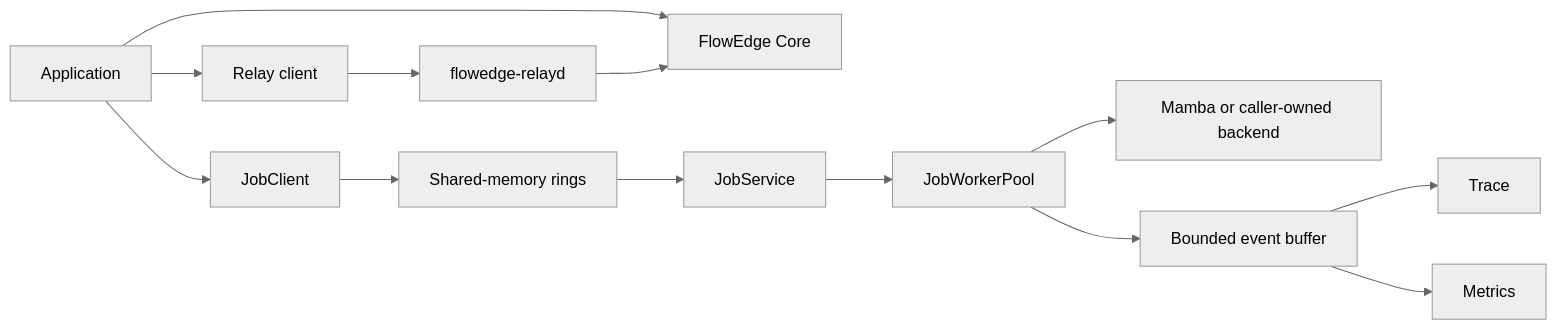
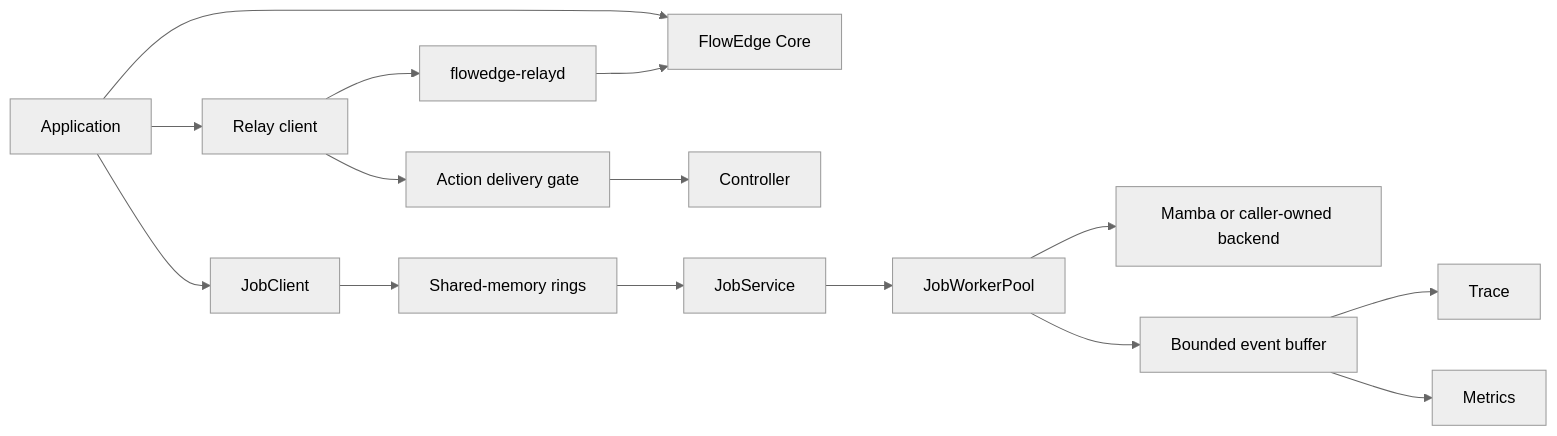
Before and after one commit to elprofesoriqo/FlowEdge: the diagram in docs/capabilities.md, drawn with Mermaid (neutral theme). The commit also changed other lines of this file and 10 other files, not shown here.

Commit message:
docs(relay): document safe action delivery

````diff
--- a/docs/capabilities.md
+++ b/docs/capabilities.md
@@ -22,15 +23,17 @@
 ```{mermaid}
 flowchart LR
   A[Application] --> C[FlowEdge Core]
   A --> R[Relay client]
   R --> D[flowedge-relayd]
   D --> C
+  R --> G[Action delivery gate]
+  G --> K[Controller]
   A --> J[JobClient]
   J --> S[Shared-memory rings]
   S --> V[JobService]
   V --> P[JobWorkerPool]
   P --> B[Mamba or caller-owned backend]
   P --> E[Bounded event buffer]
   E --> T[Trace]
   E --> M[Metrics]
 ```
````
